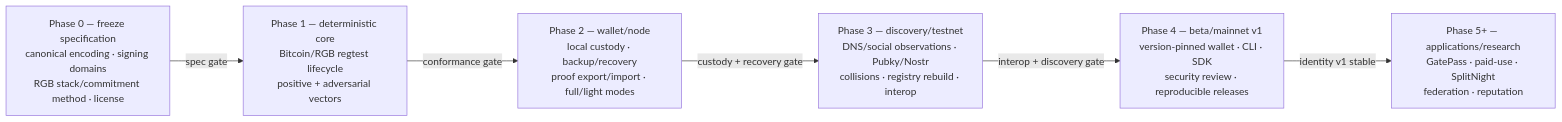
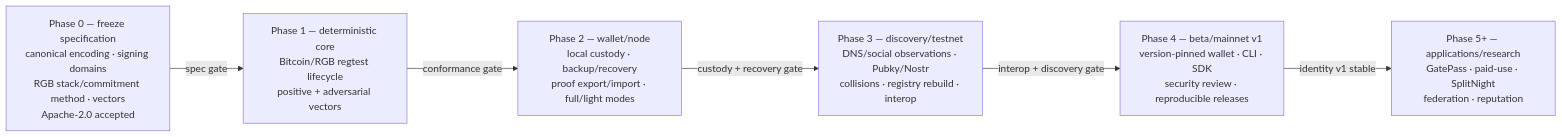
Before and after one commit to EdwinKestler/o2a-protocol: the first of 2 diagrams in docs/diagrams/06-deployment-pipeline.md, drawn with Mermaid. The commit also changed 10 other files, not shown here.

````diff
--- a/docs/diagrams/06-deployment-pipeline.md
+++ b/docs/diagrams/06-deployment-pipeline.md
@@ -5,15 +5,15 @@
 ```mermaid
 flowchart LR
-    P0["Phase 0 — freeze specification<br/>canonical encoding · signing domains<br/>RGB stack/commitment method · license"]
+    P0["Phase 0 — freeze specification<br/>canonical encoding · signing domains<br/>RGB stack/commitment method · vectors<br/>Apache-2.0 accepted"]
     P1["Phase 1 — deterministic core<br/>Bitcoin/RGB regtest lifecycle<br/>positive + adversarial vectors"]
     P2["Phase 2 — wallet/node<br/>local custody · backup/recovery<br/>proof export/import · full/light modes"]
     P3["Phase 3 — discovery/testnet<br/>DNS/social observations · Pubky/Nostr<br/>collisions · registry rebuild · interop"]
     P4["Phase 4 — beta/mainnet v1<br/>version-pinned wallet · CLI · SDK<br/>security review · reproducible releases"]
     P5["Phase 5+ — applications/research<br/>GatePass · paid-use · SplitNight<br/>federation · reputation"]
 
     P0 -->|"spec gate"| P1
     P1 -->|"conformance gate"| P2
     P2 -->|"custody + recovery gate"| P3
     P3 -->|"interop + discovery gate"| P4
     P4 -->|"identity v1 stable"| P5
 ```
````
